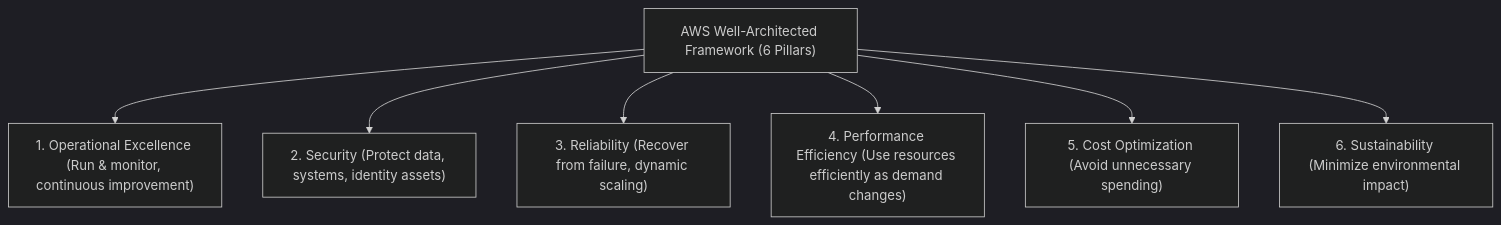
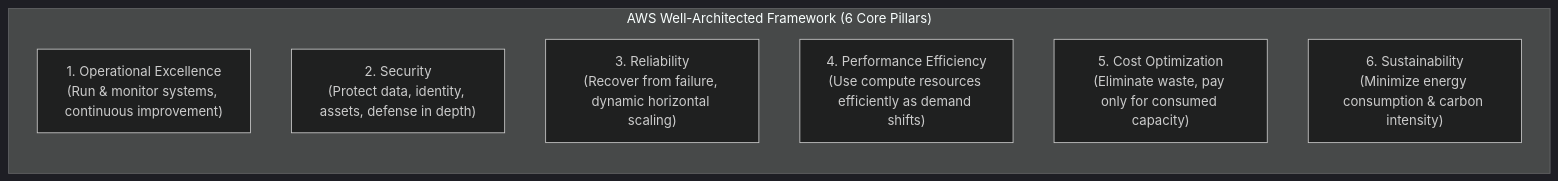
The first of 3 diagrams in Cloud/Practitioner/CLF-C02/06_Explanations/01_Cloud_Concepts/Well_Architected_Framework.md (fakhruldeen/AWS), drawn with Mermaid (dark theme) before and after one commit. The commit also changed other lines of this file and 18 other files, not shown here.

````diff
--- a/Cloud/Practitioner/CLF-C02/06_Explanations/01_Cloud_Concepts/Well_Architected_Framework.md
+++ b/Cloud/Practitioner/CLF-C02/06_Explanations/01_Cloud_Concepts/Well_Architected_Framework.md
@@ -27,11 +25,12 @@
 ```mermaid
 flowchart TD
-    WAF["AWS Well-Architected Framework (6 Pillars)"]
-    
-    WAF --> P1["1. Operational Excellence (Run & monitor, continuous improvement)"]
-    WAF --> P2["2. Security (Protect data, systems, identity assets)"]
-    WAF --> P3["3. Reliability (Recover from failure, dynamic scaling)"]
-    WAF --> P4["4. Performance Efficiency (Use resources efficiently as demand changes)"]
-    WAF --> P5["5. Cost Optimization (Avoid unnecessary spending)"]
-    WAF --> P6["6. Sustainability (Minimize environmental impact)"]
+    subgraph WAF_Core ["AWS Well-Architected Framework (6 Core Pillars)"]
+        direction TB
+        P1["1. Operational Excellence<br/>(Run & monitor systems, continuous improvement)"]
+        P2["2. Security<br/>(Protect data, identity, assets, defense in depth)"]
+        P3["3. Reliability<br/>(Recover from failure, dynamic horizontal scaling)"]
+        P4["4. Performance Efficiency<br/>(Use compute resources efficiently as demand shifts)"]
+        P5["5. Cost Optimization<br/>(Eliminate waste, pay only for consumed capacity)"]
+        P6["6. Sustainability<br/>(Minimize energy consumption & carbon intensity)"]
+    end
 ```
````
